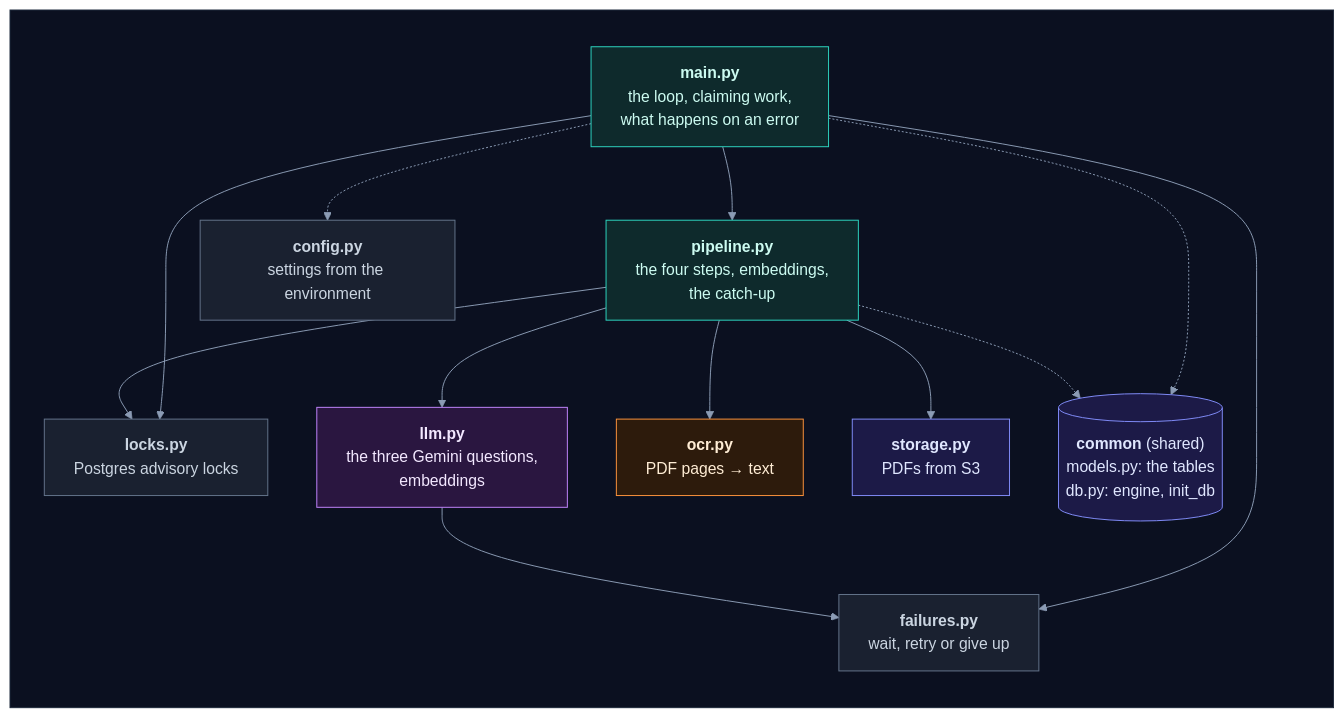
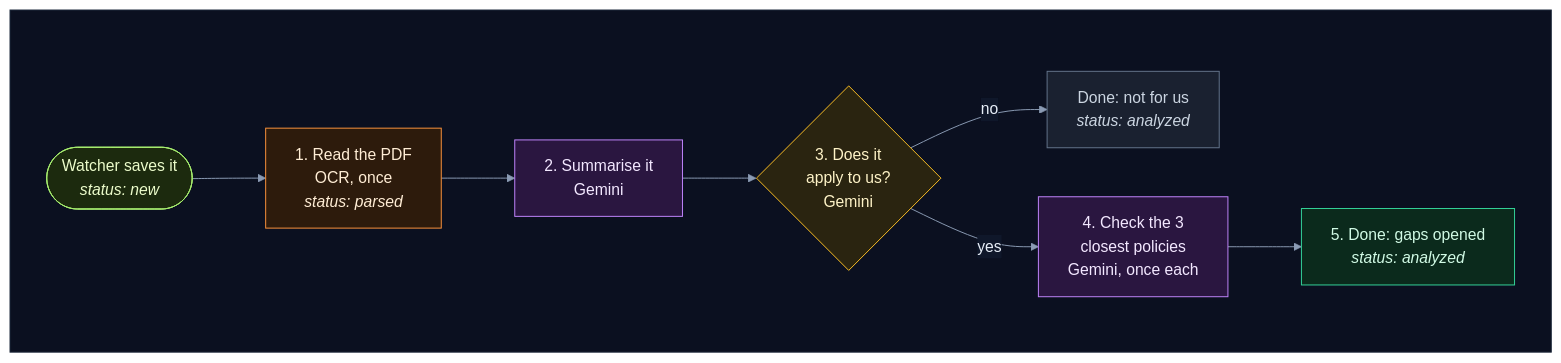
One commit to selvakumarperumal/Regulatory_Circular_Impact_Agent changed the second of 12 diagrams in how_the_worker_works.md. Above: the diagram before and after it, drawn with Mermaid. The commit also changed other lines of this file and 4 other files, not shown here.

````diff
--- a/how_the_worker_works.md
+++ b/how_the_worker_works.md
@@ -91,42 +80,29 @@
 ```mermaid
 %%{init: {"theme": "base", "flowchart": {"diagramPadding": 0}, "themeVariables": {"darkMode": true, "primaryColor": "#16213a", "primaryTextColor": "#e6edf7", "primaryBorderColor": "#475a7a", "lineColor": "#8b9bb4", "secondaryColor": "#1b2436", "tertiaryColor": "#101a2e", "edgeLabelBackground": "#0f172a", "textColor": "#e2e8f0", "clusterBkg": "#0f1728", "clusterBorder": "#2b3a55", "titleColor": "#c4b5fd", "nodeTextColor": "#e6edf7"}}}%%
-flowchart TB
+flowchart LR
     subgraph canvas[" "]
-        direction TB
-        main["<b>main.py</b><br/>the loop, claiming work,<br/>what happens on an error"]
-        pipeline["<b>pipeline.py</b><br/>the four steps, embeddings,<br/>the catch-up"]
-        locks["<b>locks.py</b><br/>Postgres advisory locks"]
-        failures["<b>failures.py</b><br/>wait, retry or give up"]
-        llm["<b>llm.py</b><br/>the three Gemini questions,<br/>embeddings"]
-        ocr["<b>ocr.py</b><br/>PDF pages → text"]
-        storage["<b>storage.py</b><br/>PDFs from S3"]
-        config["<b>config.py</b><br/>settings from the environment"]
-        common[("<b>common</b> (shared)<br/>models.py: the tables<br/>db.py: engine, init_db")]
-        main --> pipeline
-        main --> locks
-        main --> failures
-        pipeline --> llm
-        pipeline --> ocr
-        pipeline --> storage
-        pipeline --> locks
-        llm --> failures
-        main -.-> common
-        pipeline -.-> common
-        main -.-> config
+        direction LR
+        s0(["Watcher saves it<br/><i>status: new</i>"]) --> s1["1. Read the PDF<br/>OCR, once<br/><i>status: parsed</i>"]
+        s1 --> s2["2. Summarise it<br/>Gemini"]
+        s2 --> s3{"3. Does it<br/>apply to us?<br/>Gemini"}
+        s3 -->|"no"| stop["Done: not for us<br/><i>status: analyzed</i>"]
+        s3 -->|"yes"| s4["4. Check the 3<br/>closest policies<br/>Gemini, once each"]
+        s4 --> s5["5. Done: gaps opened<br/><i>status: analyzed</i>"]
     end
     classDef svc fill:#0e2a2c,stroke:#2dd4bf,color:#ccfbf1
     classDef data fill:#1c1a47,stroke:#818cf8,color:#e0e7ff
     classDef ext fill:#2a1640,stroke:#c084fc,color:#f3e8ff
     classDef gpu fill:#2d1b0c,stroke:#fb923c,color:#ffedd5
     classDef ask fill:#2a2410,stroke:#fbbf24,color:#fef3c7
     classDef ok fill:#0b2a1c,stroke:#34d399,color:#d1fae5
     classDef bad fill:#2e0f17,stroke:#fb7185,color:#ffe4e6
     classDef start fill:#1c2a0e,stroke:#a7ef6f,color:#ecfccb
     classDef muted fill:#1a2130,stroke:#64748b,color:#cbd5e1
-    class main,pipeline svc
-    class locks,failures,config muted
-    class llm ext
-    class ocr gpu
-    class storage,common data
+    class s0 start
+    class s1 gpu
+    class s2,s4 ext
+    class s3 ask
+    class stop muted
+    class s5 ok
     style canvas fill:#0b1020,stroke:#1e293b,color:#0b1020
 ```
````
